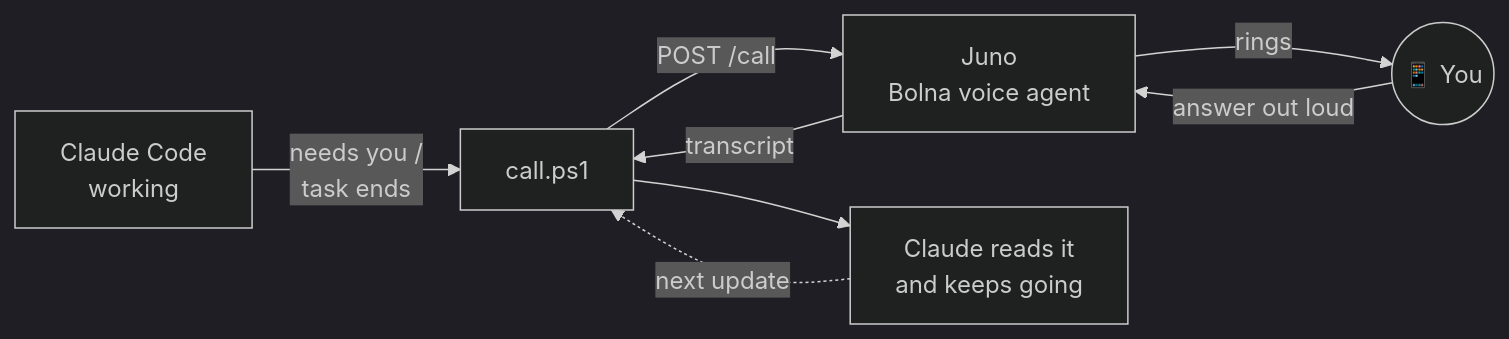
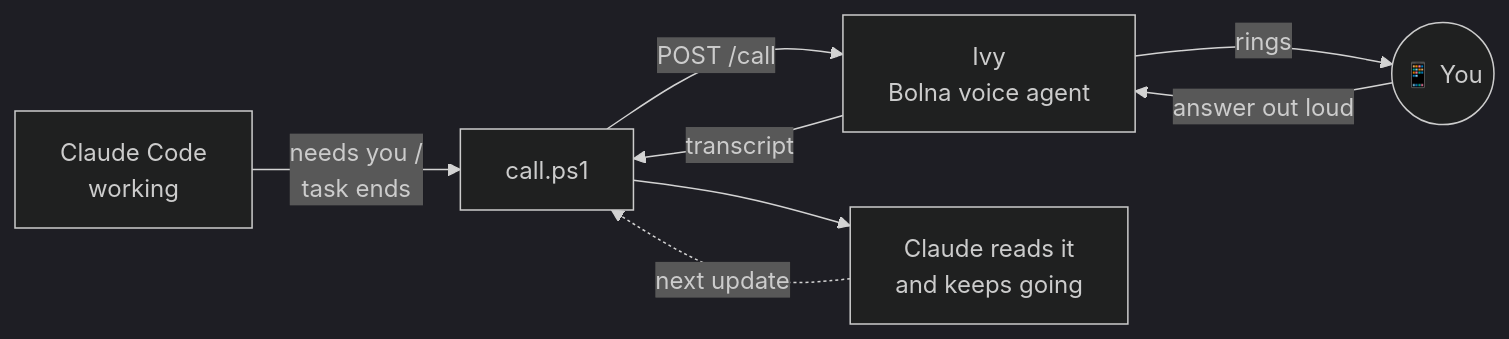
The diagram in README.md (MithunSidhaarth/claude-call-me), drawn with Mermaid (dark theme) before and after one commit. The commit also changed other lines of this file and 4 other files, not shown here.

Commit message:
Rename the voice agent from Juno to Ivy

````diff
--- a/README.md
+++ b/README.md
@@ -49,10 +49,10 @@
 ```mermaid
 flowchart LR
     A[Claude Code<br/>working] -->|needs you /<br/>task ends| B[call.ps1]
-    B -->|POST /call| C[Juno<br/>Bolna voice agent]
+    B -->|POST /call| C[Ivy<br/>Bolna voice agent]
     C -->|rings| D((📱 You))
     D -->|answer out loud| C
     C -->|transcript| B
     B --> E[Claude reads it<br/>and keeps going]
     E -.->|next update| B
 ```
````
